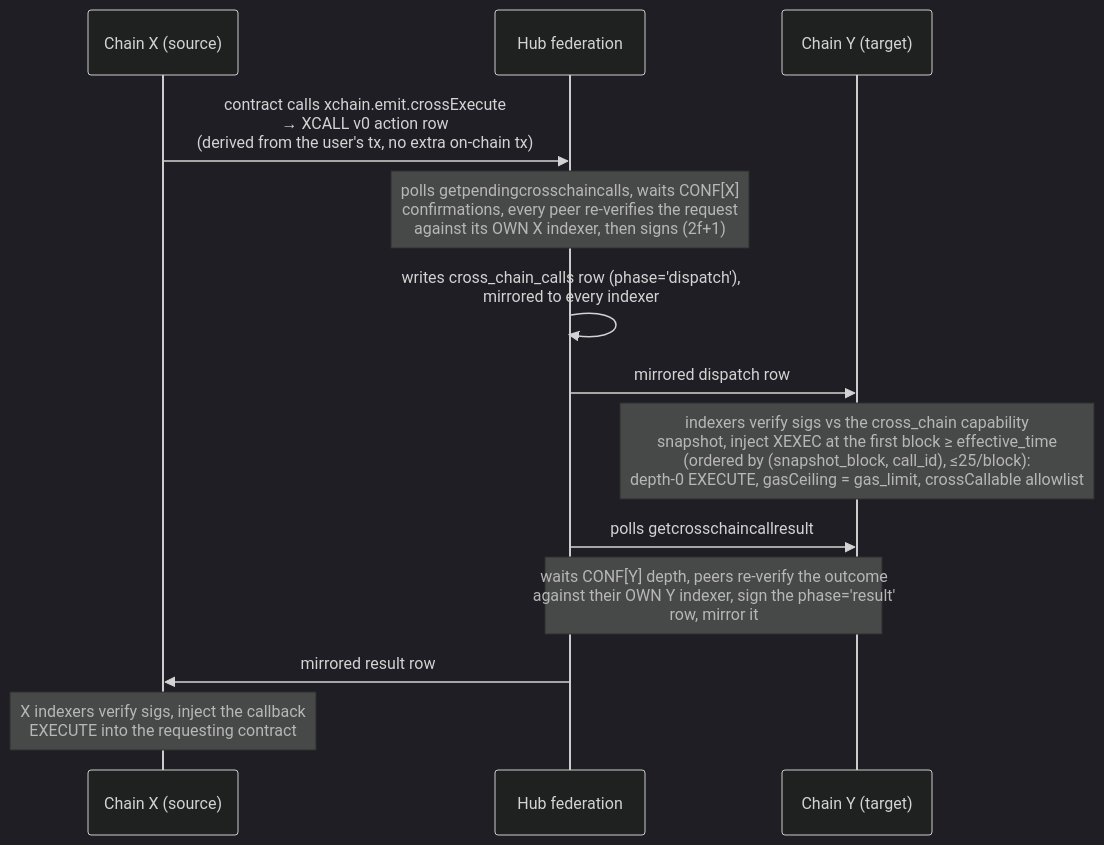
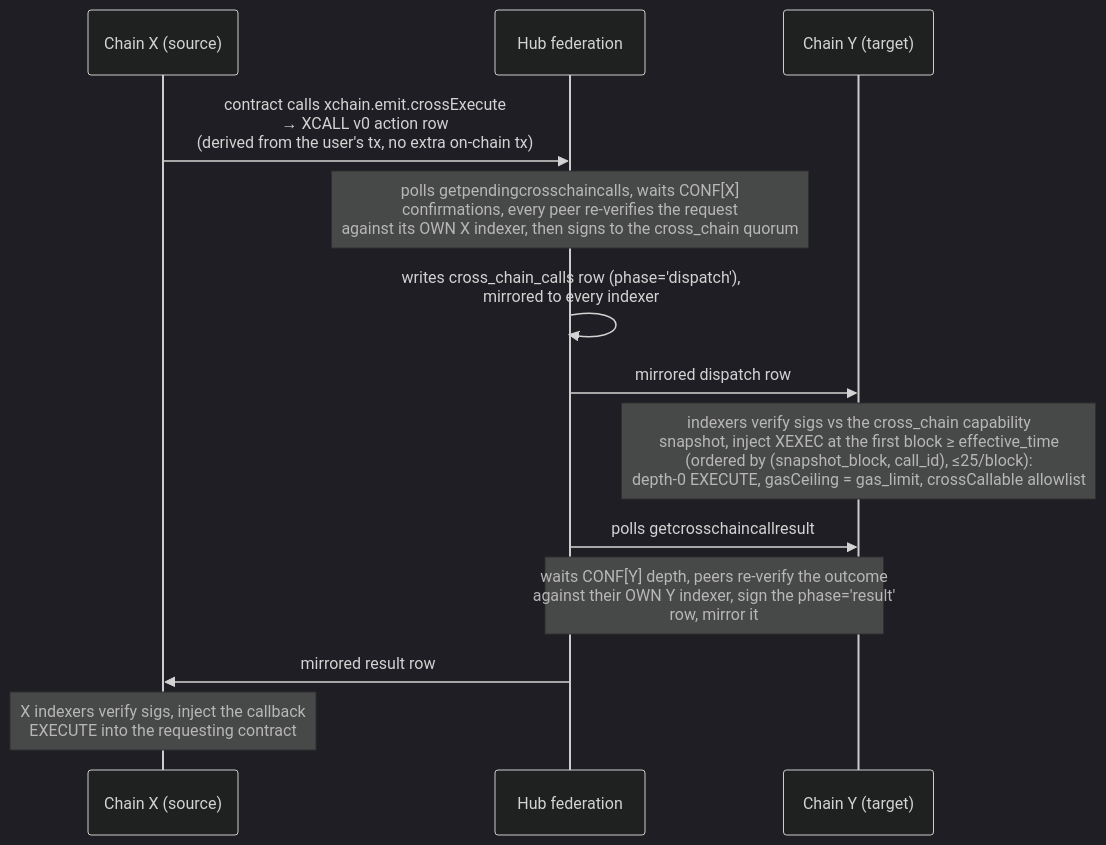
One commit to XChain-Platform/xchain-documentation changed the diagram in protocol/cross-chain-calls.md. Above: the diagram before and after it, drawn with Mermaid (dark theme). The commit also changed other lines of this file and 62 other files, not shown here.

````diff
--- a/protocol/cross-chain-calls.md
+++ b/protocol/cross-chain-calls.md
@@ -13,16 +13,16 @@
 ```mermaid
 sequenceDiagram
     participant X as Chain X (source)
     participant Hub as Hub federation
     participant Y as Chain Y (target)
 
     X->>Hub: contract calls xchain.emit.crossExecute<br>→ XCALL v0 action row<br>(derived from the user's tx, no extra on-chain tx)
-    Note over Hub: polls getpendingcrosschaincalls, waits CONF[X]<br>confirmations, every peer re-verifies the request<br>against its OWN X indexer, then signs (2f+1)
+    Note over Hub: polls getpendingcrosschaincalls, waits CONF[X]<br>confirmations, every peer re-verifies the request<br>against its OWN X indexer, then signs to the cross_chain quorum
     Hub->>Hub: writes cross_chain_calls row (phase='dispatch'),<br>mirrored to every indexer
     Hub->>Y: mirrored dispatch row
     Note over Y: indexers verify sigs vs the cross_chain capability<br>snapshot, inject XEXEC at the first block ≥ effective_time<br>(ordered by (snapshot_block, call_id), ≤25/block):<br>depth-0 EXECUTE, gasCeiling = gas_limit, crossCallable allowlist
     Hub->>Y: polls getcrosschaincallresult
     Note over Hub,Y: waits CONF[Y] depth, peers re-verify the outcome<br>against their OWN Y indexer, sign the phase='result'<br>row, mirror it
     Hub->>X: mirrored result row
     Note over X: X indexers verify sigs, inject the callback<br>EXECUTE into the requesting contract
 ```
````
